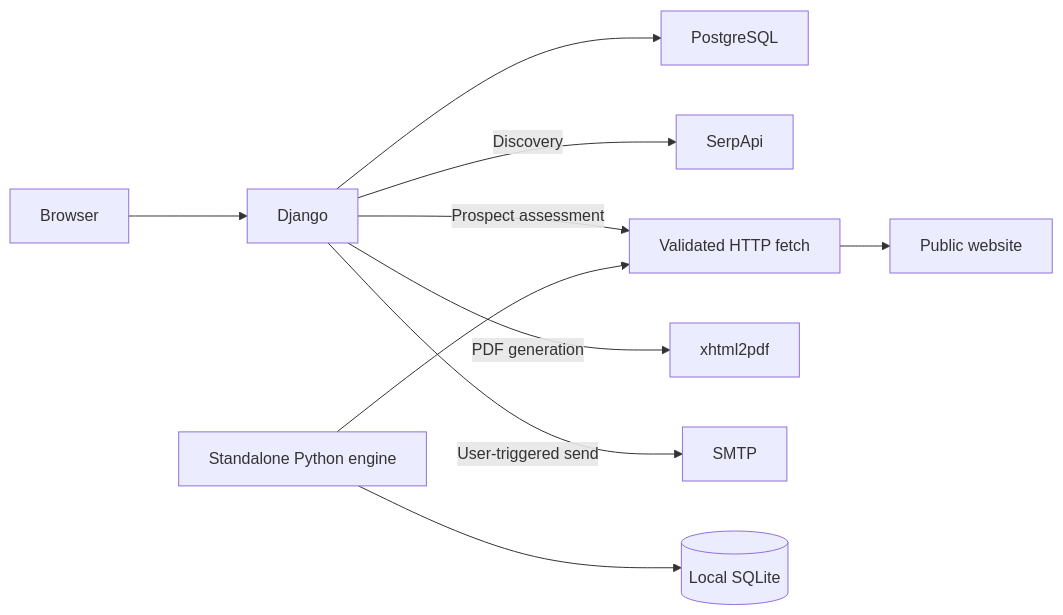
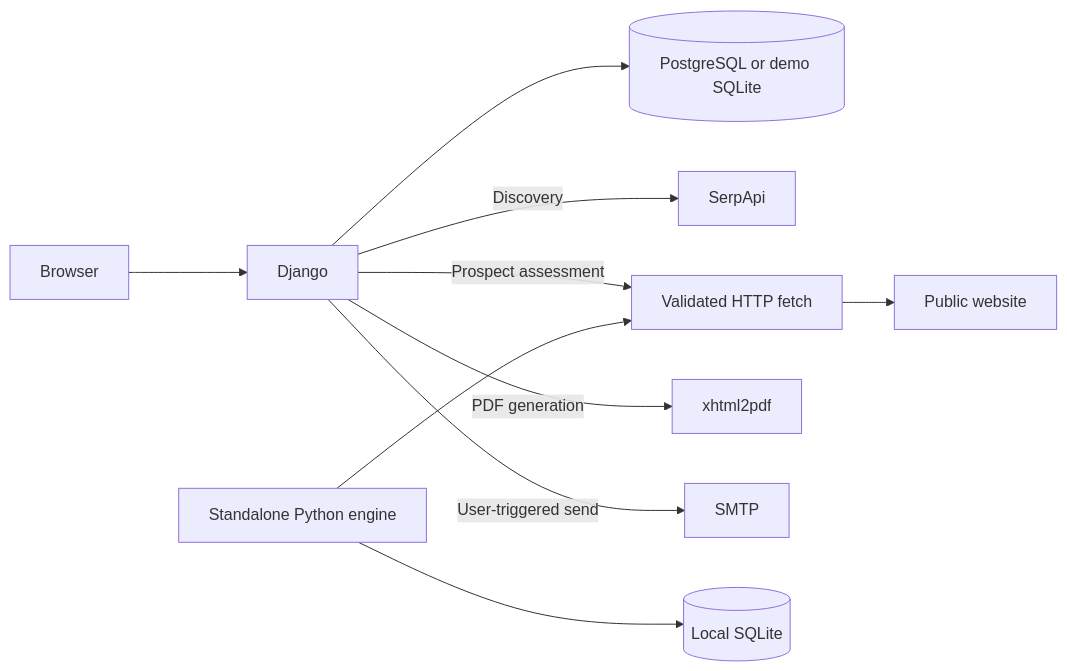
One commit to Heemab/clientpilot-ai-showcase changed the diagram in docs/ARCHITECTURE.md. Above: the diagram before and after it, drawn with Mermaid. The commit also changed other lines of this file and 3 other files, not shown here.

Commit message:
Document and enable the SQLite portfolio demo

````diff
--- a/docs/ARCHITECTURE.md
+++ b/docs/ARCHITECTURE.md
@@ -5,12 +5,12 @@
 ```mermaid
 flowchart LR
   Browser --> Django
-  Django --> PostgreSQL
+  Django --> AppDB[(PostgreSQL or demo SQLite)]
   Django -->|Discovery| SerpApi
   Django -->|Prospect assessment| Egress[Validated HTTP fetch]
   Egress --> PublicSite[Public website]
   Django -->|PDF generation| PDF[xhtml2pdf]
   Django -->|User-triggered send| SMTP
   Engine[Standalone Python engine] --> Egress
   Engine --> SQLite[(Local SQLite)]
 ```
````
